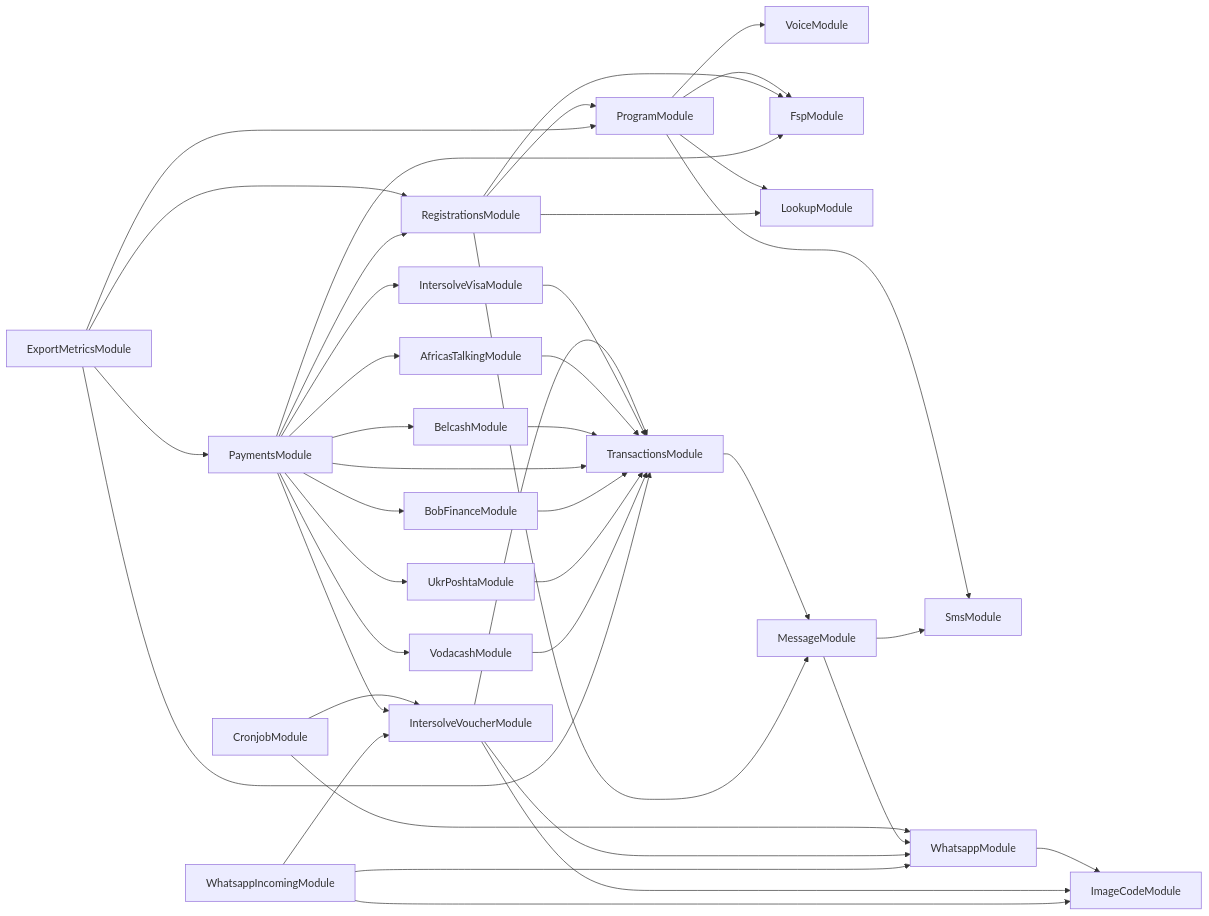
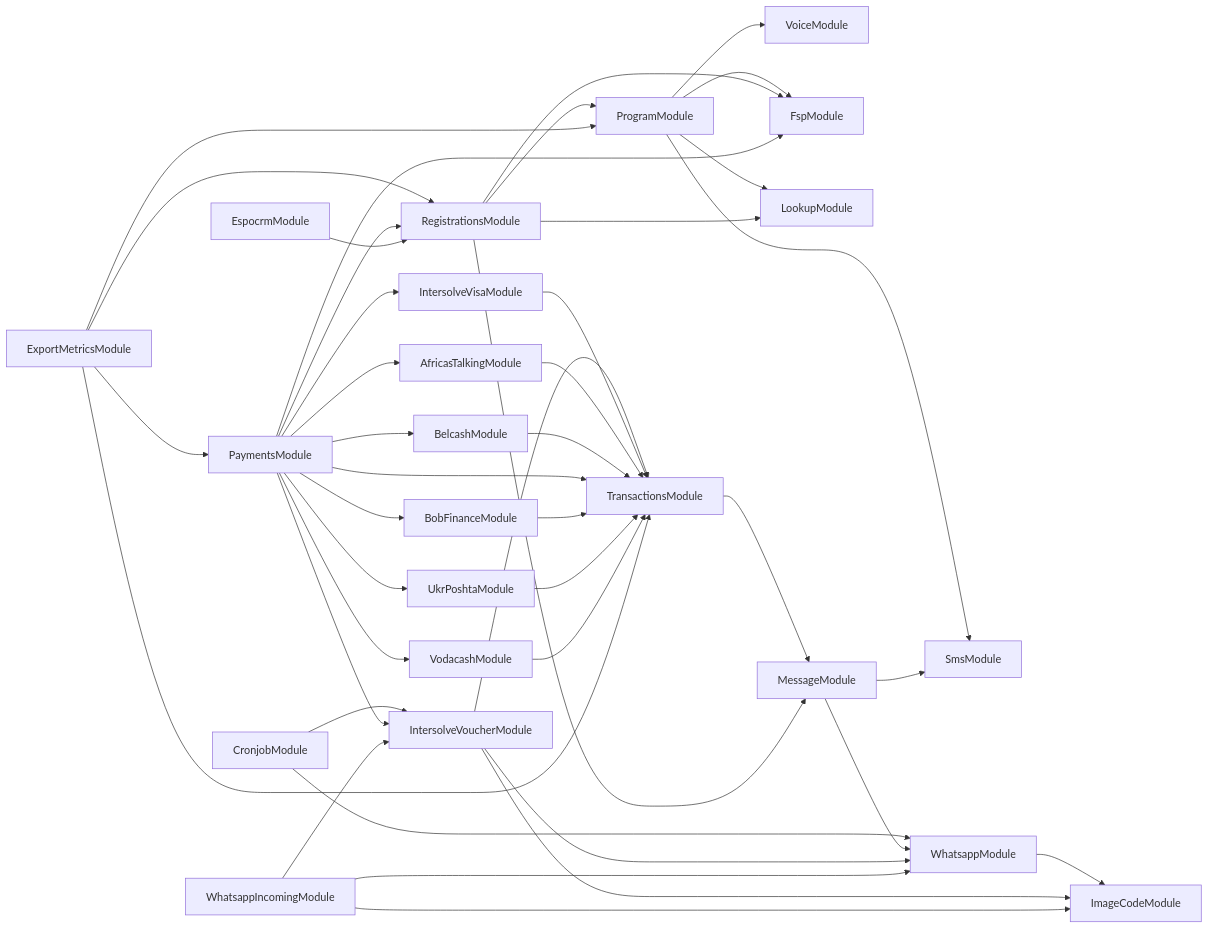
One commit to global-121/121-platform changed the diagram in services/121-service/module-dependencies.md. Above: the diagram before and after it, drawn with Mermaid. The commit also changed 2 other files, not shown here.

Commit message:
Fix: import registrationsModule

````diff
--- a/services/121-service/module-dependencies.md
+++ b/services/121-service/module-dependencies.md
@@ -3,43 +3,44 @@
 ```mermaid
 graph LR
   ProgramModule-->SmsModule
   ProgramModule-->VoiceModule
   ProgramModule-->FspModule
   ProgramModule-->LookupModule
   CronjobModule-->WhatsappModule
   WhatsappModule-->ImageCodeModule
   CronjobModule-->IntersolveVoucherModule
   IntersolveVoucherModule-->ImageCodeModule
   IntersolveVoucherModule-->TransactionsModule
   TransactionsModule-->MessageModule
   MessageModule-->WhatsappModule
   MessageModule-->SmsModule
   IntersolveVoucherModule-->WhatsappModule
   RegistrationsModule-->LookupModule
   RegistrationsModule-->ProgramModule
   RegistrationsModule-->FspModule
   RegistrationsModule-->MessageModule
   ExportMetricsModule-->ProgramModule
   ExportMetricsModule-->RegistrationsModule
   ExportMetricsModule-->PaymentsModule
   PaymentsModule-->FspModule
   PaymentsModule-->IntersolveVoucherModule
   PaymentsModule-->IntersolveVisaModule
   IntersolveVisaModule-->TransactionsModule
   PaymentsModule-->AfricasTalkingModule
   AfricasTalkingModule-->TransactionsModule
   PaymentsModule-->BelcashModule
   BelcashModule-->TransactionsModule
   PaymentsModule-->TransactionsModule
   PaymentsModule-->BobFinanceModule
   BobFinanceModule-->TransactionsModule
   PaymentsModule-->UkrPoshtaModule
   UkrPoshtaModule-->TransactionsModule
   PaymentsModule-->VodacashModule
   VodacashModule-->TransactionsModule
   PaymentsModule-->RegistrationsModule
   ExportMetricsModule-->TransactionsModule
   WhatsappIncomingModule-->ImageCodeModule
   WhatsappIncomingModule-->IntersolveVoucherModule
   WhatsappIncomingModule-->WhatsappModule
+  EspocrmModule-->RegistrationsModule
 ```
````
